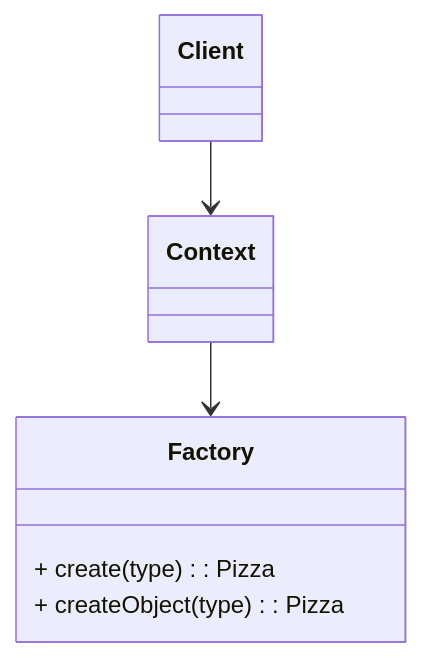
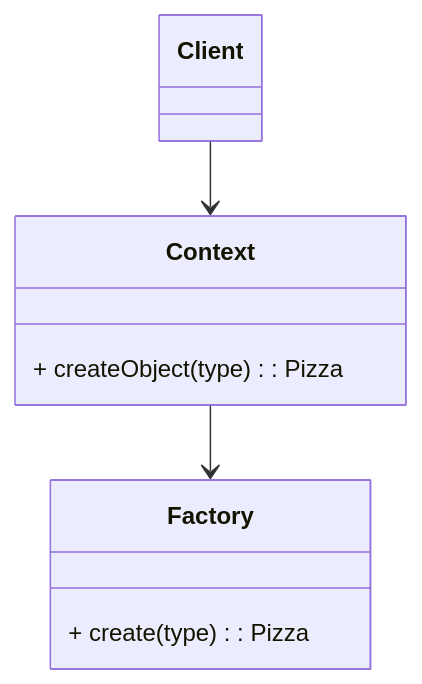
One commit to f290DSM/f290_tp2_desafio_devpizza changed the first of 2 diagrams in README.md. Above: the diagram before and after it, drawn with Mermaid.

Commit message:
Ajuste README

````diff
--- a/README.md
+++ b/README.md
@@ -24,16 +24,16 @@
 ```mermaid
     classDiagram
         
         class Client
 
         class Factory {
             + create(type): Pizza
         }
 
-        class Factory {
+        class Context {
             + createObject(type): Pizza
         }
 
         Client --> Context
         Context --> Factory
 ```
````
